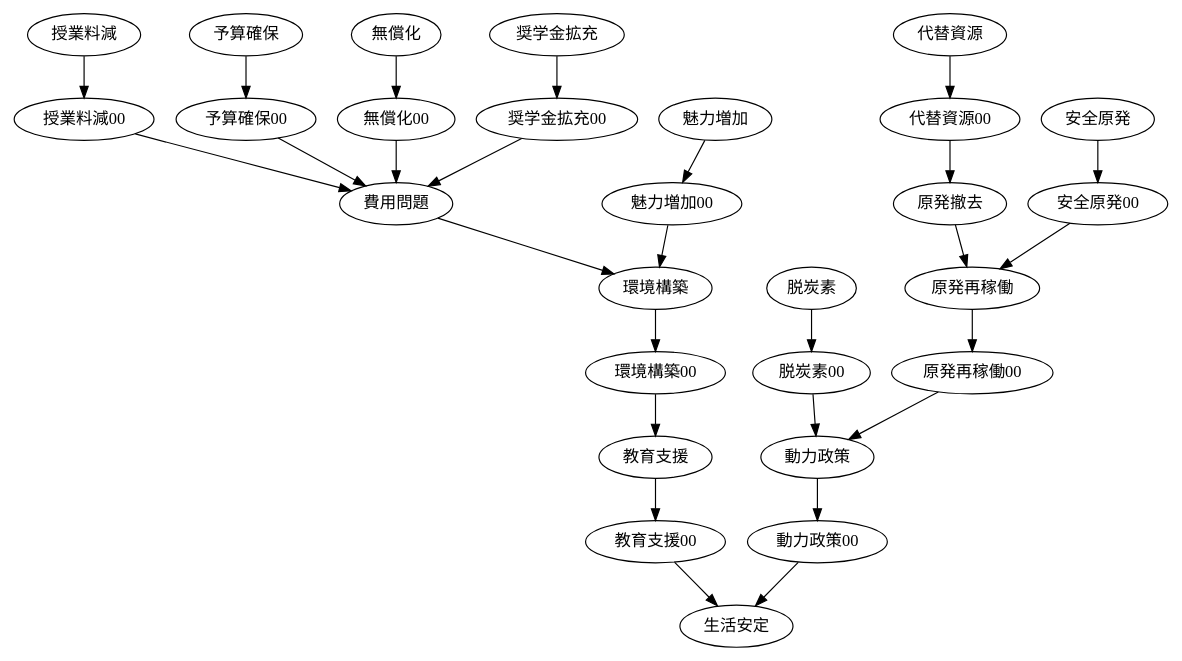
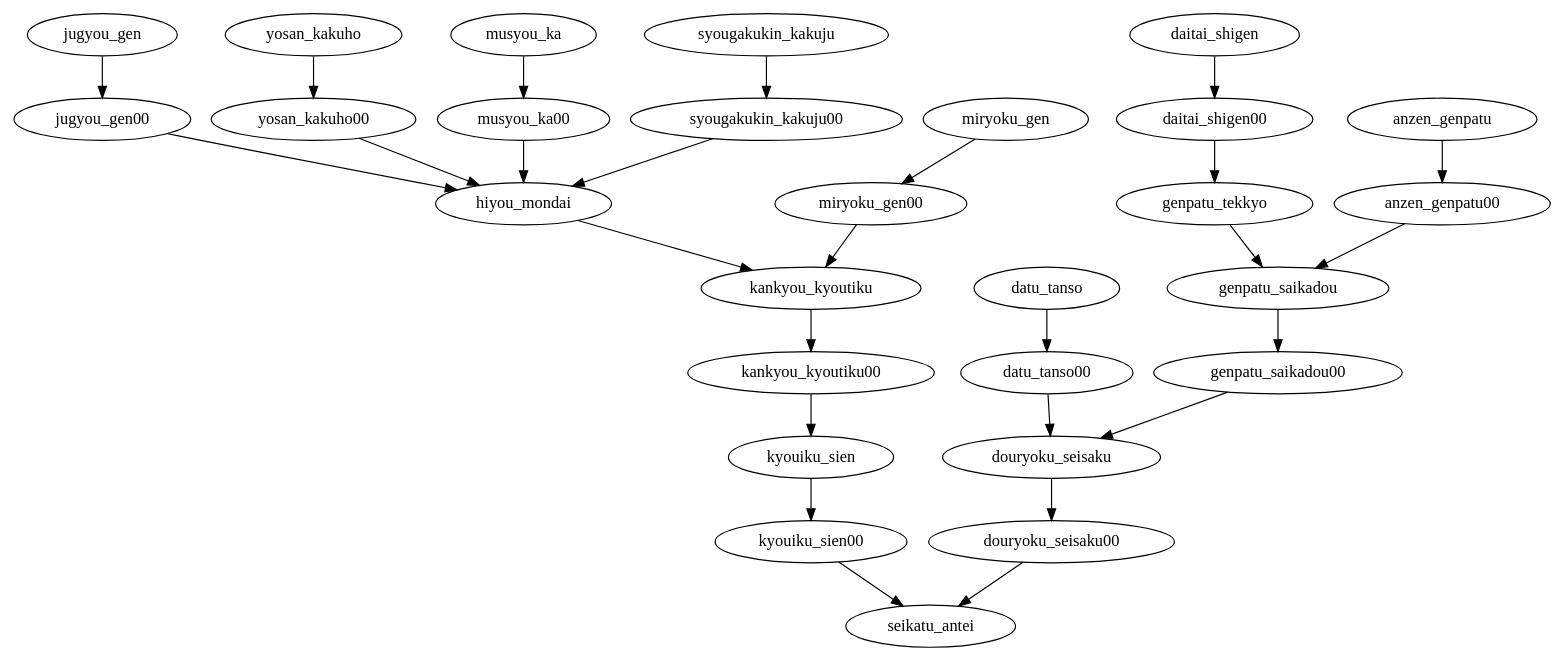
Before and after one commit to NomuraS/Scoring_effort_in_AF: the diagram in model.dot, drawn with Graphviz. The commit also changed 2 other files, not shown here.

```diff
--- a/model.dot
+++ b/model.dot
@@ -1,9 +1,9 @@
 digraph  model{
-奨学金拡充->奨学金拡充00->費用問題
-授業料減->授業料減00->費用問題
-予算確保->予算確保00->費用問題
-無償化->無償化00->費用問題->環境構築
-魅力増加->魅力増加00->環境構築->環境構築00->教育支援->教育支援00->生活安定
-代替資源->代替資源00->原発撤去->原発再稼働
-安全原発->安全原発00->原発再稼働->原発再稼働00->動力政策
-脱炭素->脱炭素00->動力政策->動力政策00->生活安定}
+syougakukin_kakuju->syougakukin_kakuju00->hiyou_mondai
+jugyou_gen->jugyou_gen00->hiyou_mondai
+yosan_kakuho->yosan_kakuho00->hiyou_mondai
+musyou_ka->musyou_ka00->hiyou_mondai->kankyou_kyoutiku
+miryoku_gen->miryoku_gen00->kankyou_kyoutiku->kankyou_kyoutiku00->kyouiku_sien->kyouiku_sien00->seikatu_antei
+daitai_shigen->daitai_shigen00->genpatu_tekkyo->genpatu_saikadou
+anzen_genpatu->anzen_genpatu00->genpatu_saikadou->genpatu_saikadou00->douryoku_seisaku
+datu_tanso->datu_tanso00->douryoku_seisaku->douryoku_seisaku00->seikatu_antei}
```
